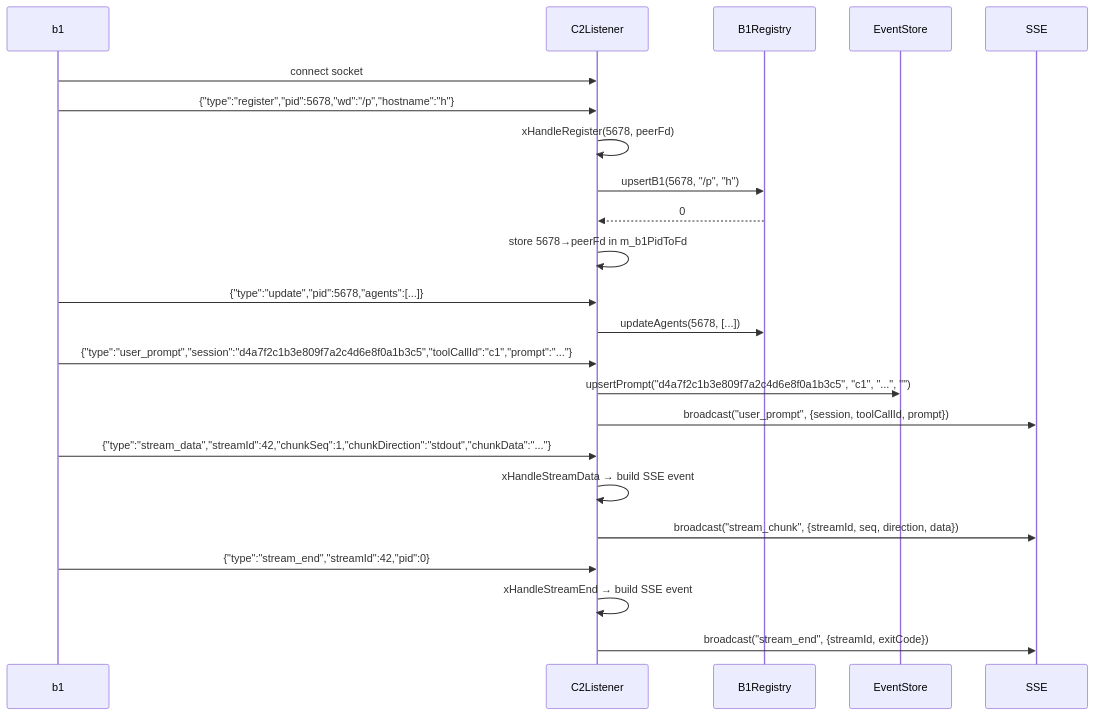
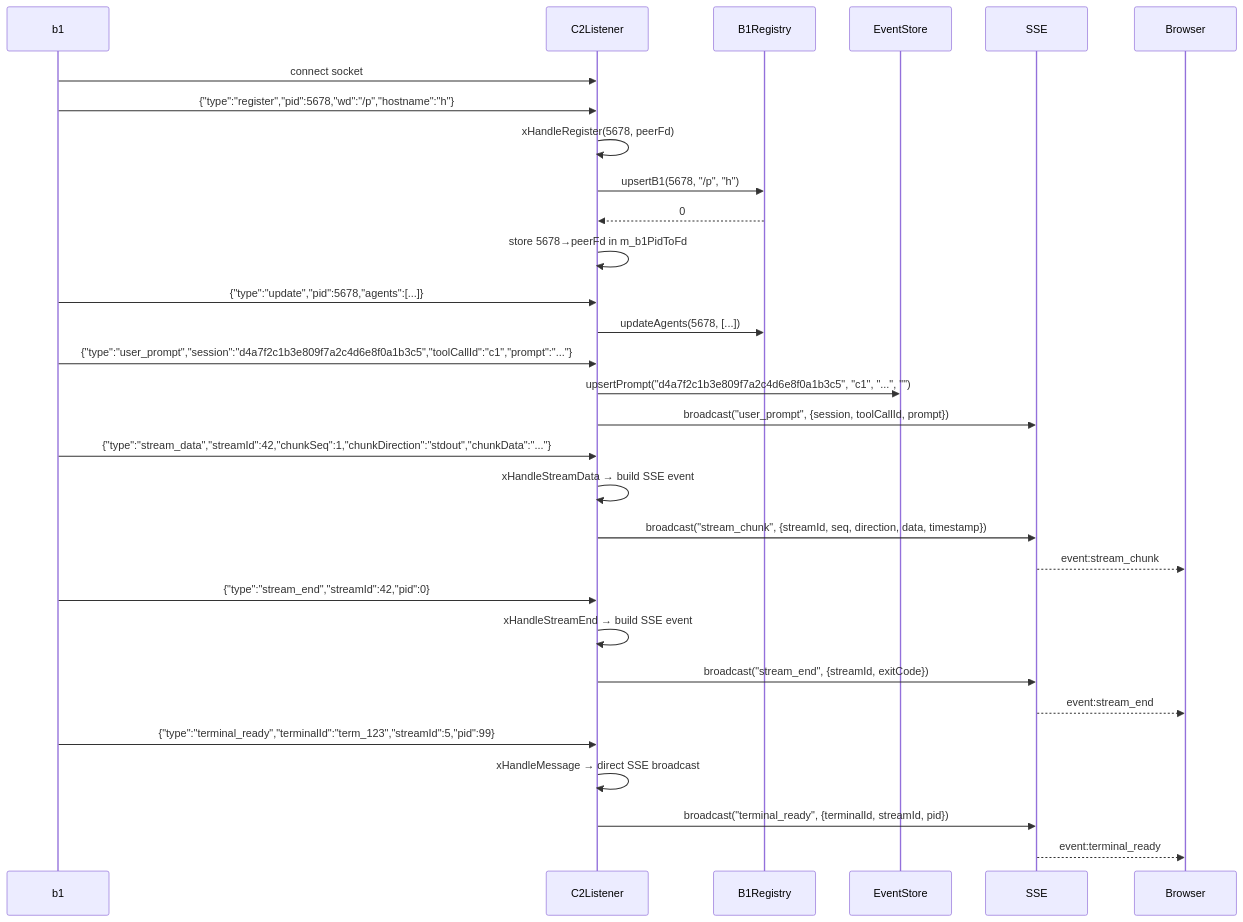
Before and after one commit to opensassi/a0: the second of 2 diagrams in src/c2/c2_listener.spec.md, drawn with Mermaid. The commit also changed other lines of this file and 165 other files, not shown here.

````diff
--- a/src/c2/c2_listener.spec.md
+++ b/src/c2/c2_listener.spec.md
@@ -92,30 +100,37 @@
 ```mermaid
 sequenceDiagram
     participant B1 as b1
     participant L as C2Listener
     participant R as B1Registry
     participant EV as EventStore
 
     B1->>L: connect socket
 
     B1->>L: {"type":"register","pid":5678,"wd":"/p","hostname":"h"}
     L->>L: xHandleRegister(5678, peerFd)
     L->>R: upsertB1(5678, "/p", "h")
     R-->>L: 0
     L->>L: store 5678→peerFd in m_b1PidToFd
 
     B1->>L: {"type":"update","pid":5678,"agents":[...]}
     L->>R: updateAgents(5678, [...])
 
     B1->>L: {"type":"user_prompt","session":"d4a7f2c1b3e809f7a2c4d6e8f0a1b3c5","toolCallId":"c1","prompt":"..."}
     L->>EV: upsertPrompt("d4a7f2c1b3e809f7a2c4d6e8f0a1b3c5", "c1", "...", "")
     L->>SSE: broadcast("user_prompt", {session, toolCallId, prompt})
 
     B1->>L: {"type":"stream_data","streamId":42,"chunkSeq":1,"chunkDirection":"stdout","chunkData":"..."}
     L->>L: xHandleStreamData → build SSE event
-    L->>SSE: broadcast("stream_chunk", {streamId, seq, direction, data})
+    L->>SSE: broadcast("stream_chunk", {streamId, seq, direction, data, timestamp})
+    SSE-->>Browser: event:stream_chunk
 
     B1->>L: {"type":"stream_end","streamId":42,"pid":0}
     L->>L: xHandleStreamEnd → build SSE event
     L->>SSE: broadcast("stream_end", {streamId, exitCode})
+    SSE-->>Browser: event:stream_end
+
+    B1->>L: {"type":"terminal_ready","terminalId":"term_123","streamId":5,"pid":99}
+    L->>L: xHandleMessage → direct SSE broadcast
+    L->>SSE: broadcast("terminal_ready", {terminalId, streamId, pid})
+    SSE-->>Browser: event:terminal_ready
 ```
````
